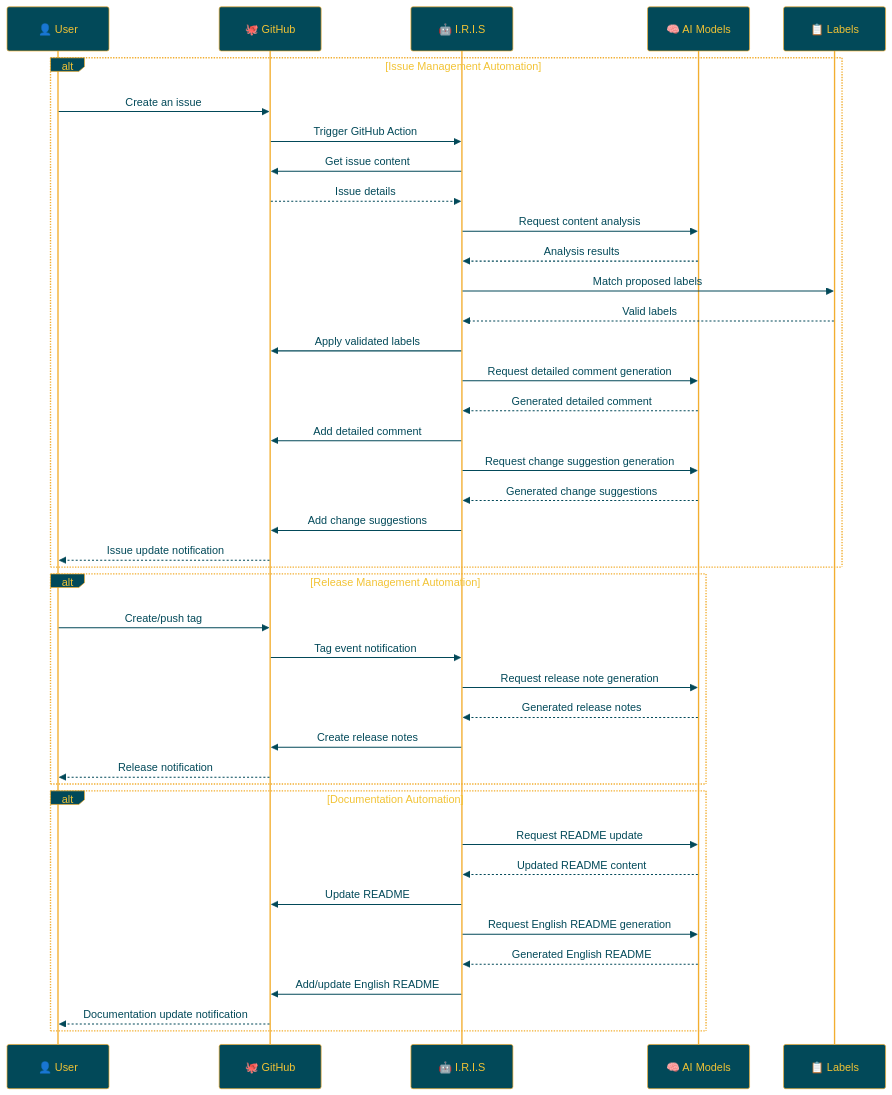
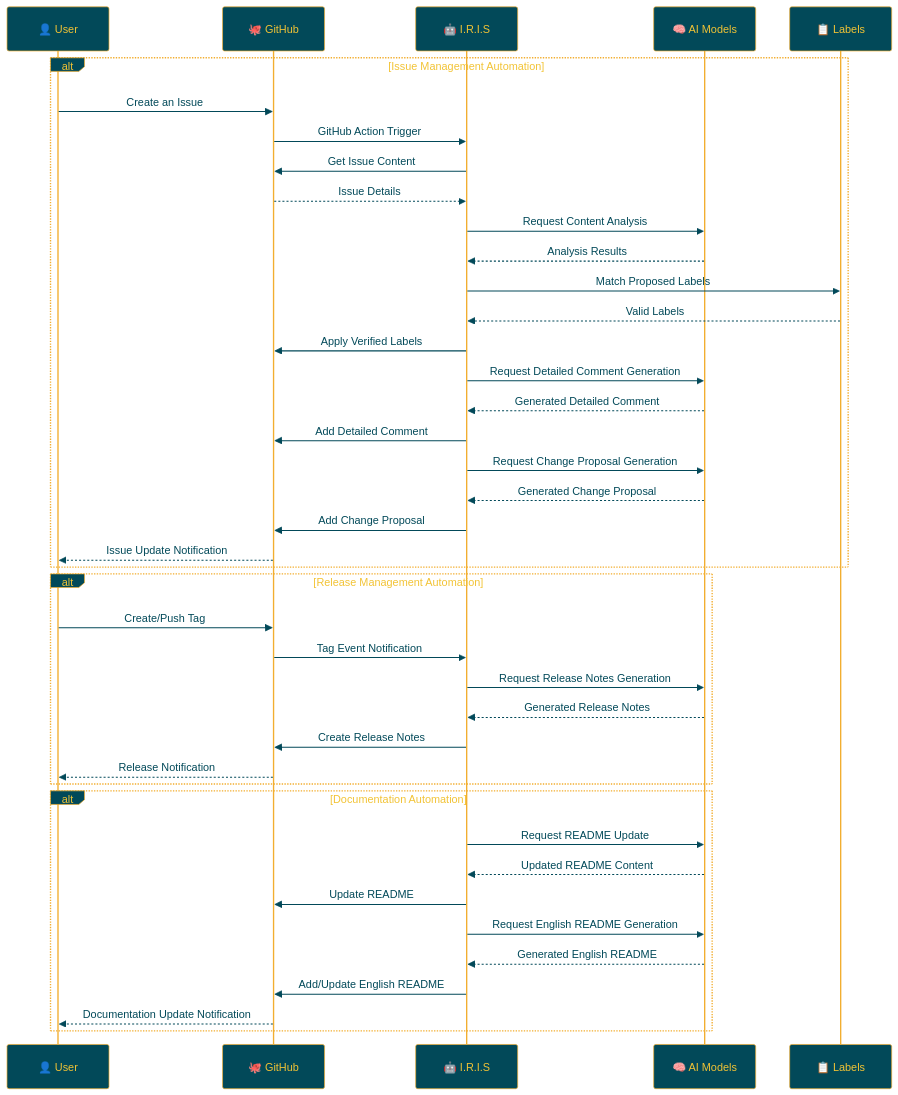
The diagram in docs/README.en.md (Sunwood-ai-labs/IRIS), drawn with Mermaid before and after one commit. The commit also changed other lines of this file, not shown here.

````diff
--- a/docs/README.en.md
+++ b/docs/README.en.md
@@ -282,48 +283,48 @@
 ```mermaid
 %%{init:{'theme':'base','themeVariables':{'primaryColor':'#024959','primaryTextColor':'#F2C335','primaryBorderColor':'#F2AE30','lineColor':'#A1A2A6','secondaryColor':'#593E25','tertiaryColor':'#F2C335','noteTextColor':'#024959','noteBkgColor':'#F2C335','textColor':'#024959','fontSize':'18px'}}}%%
 
 sequenceDiagram
     participant User as 👤 User
     participant GitHub as 🐙 GitHub
     participant IRIS as 🤖 I.R.I.S
     participant AI as 🧠 AI Models
     participant Labels as 📋 Labels
 
     alt Issue Management Automation
-        User->>GitHub: Create an issue
-        GitHub->>IRIS: Trigger GitHub Action
-        IRIS->>GitHub: Get issue content
-        GitHub-->>IRIS: Issue details
-        IRIS->>AI: Request content analysis
-        AI-->>IRIS: Analysis results
-        IRIS->>Labels: Match proposed labels
-        Labels-->>IRIS: Valid labels
-        IRIS->>GitHub: Apply validated labels
-        IRIS->>AI: Request detailed comment generation
-        AI-->>IRIS: Generated detailed comment
-        IRIS->>GitHub: Add detailed comment
-        IRIS->>AI: Request change suggestion generation
-        AI-->>IRIS: Generated change suggestions
-        IRIS->>GitHub: Add change suggestions
-        GitHub-->>User: Issue update notification
+        User->>GitHub: Create an Issue
+        GitHub->>IRIS: GitHub Action Trigger
+        IRIS->>GitHub: Get Issue Content
+        GitHub-->>IRIS: Issue Details
+        IRIS->>AI: Request Content Analysis
+        AI-->>IRIS: Analysis Results
+        IRIS->>Labels: Match Proposed Labels
+        Labels-->>IRIS: Valid Labels
+        IRIS->>GitHub: Apply Verified Labels
+        IRIS->>AI: Request Detailed Comment Generation
+        AI-->>IRIS: Generated Detailed Comment
+        IRIS->>GitHub: Add Detailed Comment
+        IRIS->>AI: Request Change Proposal Generation
+        AI-->>IRIS: Generated Change Proposal
+        IRIS->>GitHub: Add Change Proposal
+        GitHub-->>User: Issue Update Notification
     end
 
     alt Release Management Automation
-        User->>GitHub: Create/push tag
-        GitHub->>IRIS: Tag event notification
-        IRIS->>AI: Request release note generation
-        AI-->>IRIS: Generated release notes
-        IRIS->>GitHub: Create release notes
-        GitHub-->>User: Release notification
+        User->>GitHub: Create/Push Tag
+        GitHub->>IRIS: Tag Event Notification
+        IRIS->>AI: Request Release Notes Generation
+        AI-->>IRIS: Generated Release Notes
+        IRIS->>GitHub: Create Release Notes
+        GitHub-->>User: Release Notification
     end
 
     alt Documentation Automation
-        IRIS->>AI: Request README update
-        AI-->>IRIS: Updated README content
+        IRIS->>AI: Request README Update
+        AI-->>IRIS: Updated README Content
         IRIS->>GitHub: Update README
-        IRIS->>AI: Request English README generation
+        IRIS->>AI: Request English README Generation
         AI-->>IRIS: Generated English README
-        IRIS->>GitHub: Add/update English README
-        GitHub-->>User: Documentation update notification
+        IRIS->>GitHub: Add/Update English README
+        GitHub-->>User: Documentation Update Notification
     end
 ```
````
